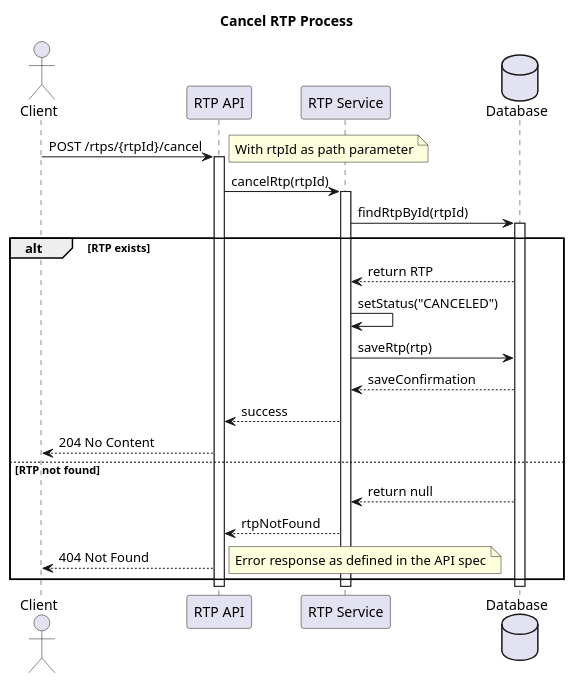
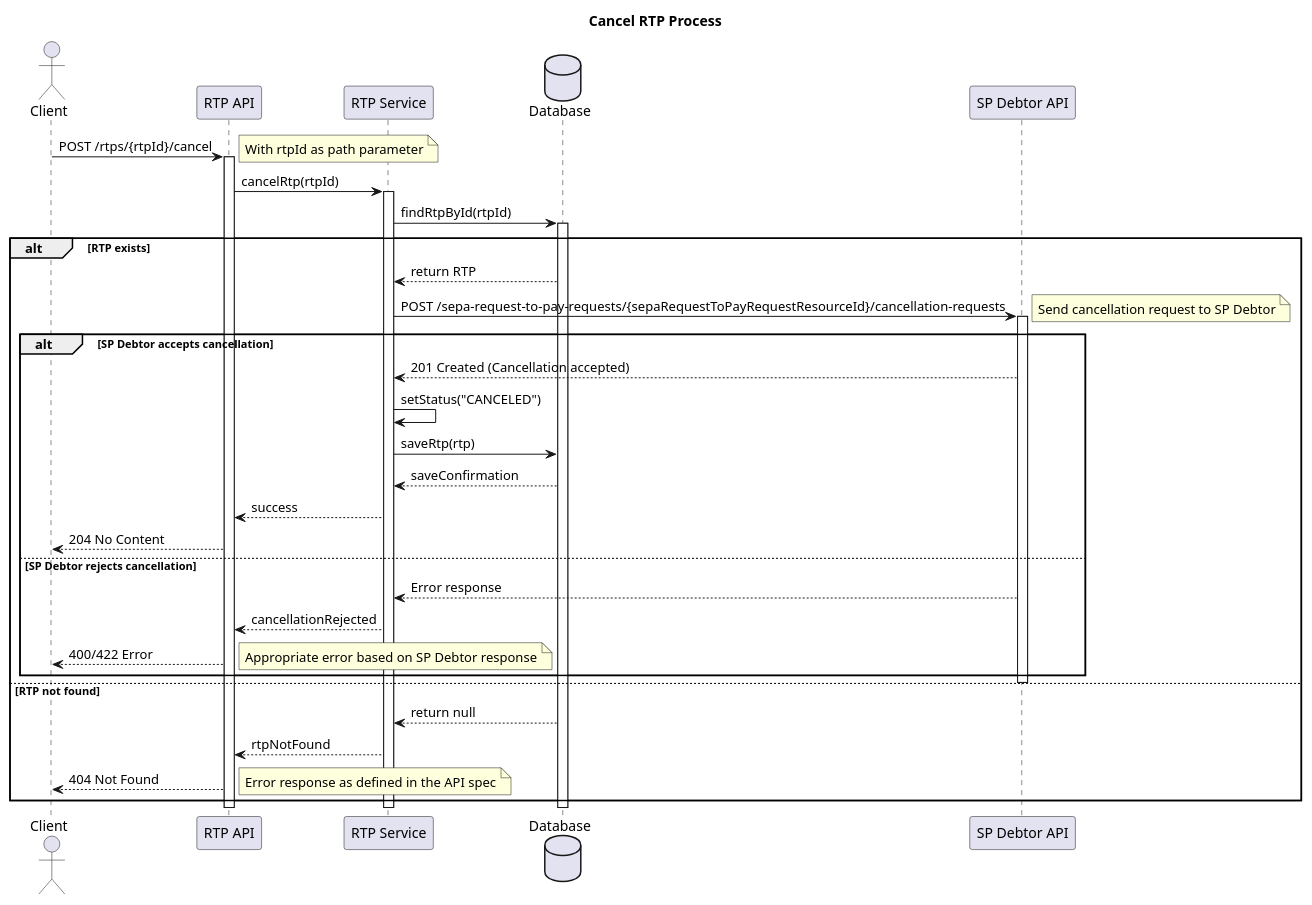
Before and after one commit to pagopa/rtp-docs: the diagram in diagrams/cancel.puml, drawn with PlantUML. The commit also changed 2 other files, not shown here.

Commit message:
[SRTP-341]: Update cancel diagram.

```diff
--- a/diagrams/cancel.puml
+++ b/diagrams/cancel.puml
@@ -1,38 +1,56 @@
 @startuml
 title Cancel RTP Process
 
 actor Client
 participant "RTP API" as API
 participant "RTP Service" as Service
 database Database as DB
+participant "SP Debtor API" as SPDAPI
 
 Client -> API: POST /rtps/{rtpId}/cancel
 note right: With rtpId as path parameter
 
 activate API
 
 API -> Service: cancelRtp(rtpId)
 activate Service
 
 Service -> DB: findRtpById(rtpId)
 activate DB
 
 alt RTP exists
     DB --> Service: return RTP
-    Service -> Service: setStatus("CANCELED")
-    Service -> DB: saveRtp(rtp)
-    DB --> Service: saveConfirmation
-    Service --> API: success
-    API --> Client: 204 No Content
+    
+    Service -> SPDAPI: POST /sepa-request-to-pay-requests/{sepaRequestToPayRequestResourceId}/cancellation-requests
+    note right: Send cancellation request to SP Debtor
+    activate SPDAPI
+    
+    alt SP Debtor accepts cancellation
+        SPDAPI --> Service: 201 Created (Cancellation accepted)
+        
+        Service -> Service: setStatus("CANCELED")
+        Service -> DB: saveRtp(rtp)
+        DB --> Service: saveConfirmation
+        Service --> API: success
+        API --> Client: 204 No Content
+    else SP Debtor rejects cancellation
+        SPDAPI --> Service: Error response
+        Service --> API: cancellationRejected
+        API --> Client: 400/422 Error
+        note right: Appropriate error based on SP Debtor response
+    end
+    
+    deactivate SPDAPI
+    
 else RTP not found
     DB --> Service: return null
     Service --> API: rtpNotFound
     API --> Client: 404 Not Found
     note right: Error response as defined in the API spec
 end
 
 deactivate DB
 deactivate Service
 deactivate API
 
 @enduml
```
